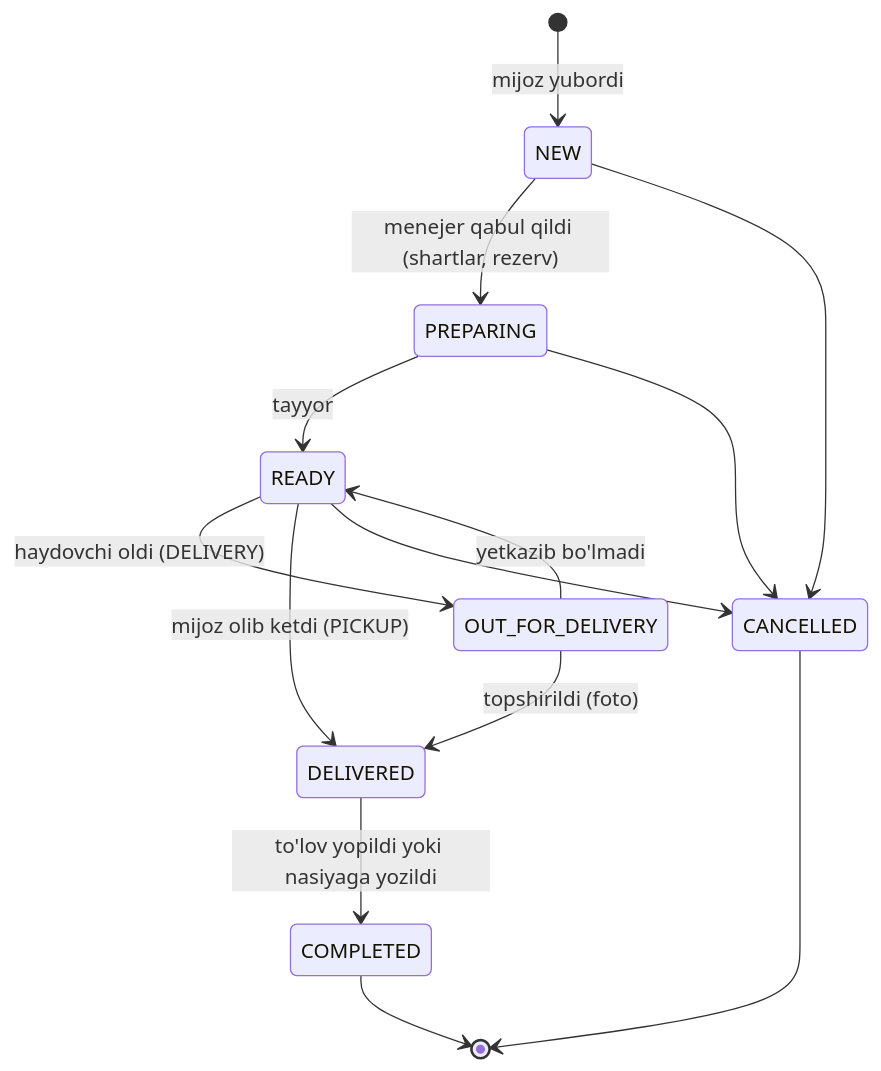
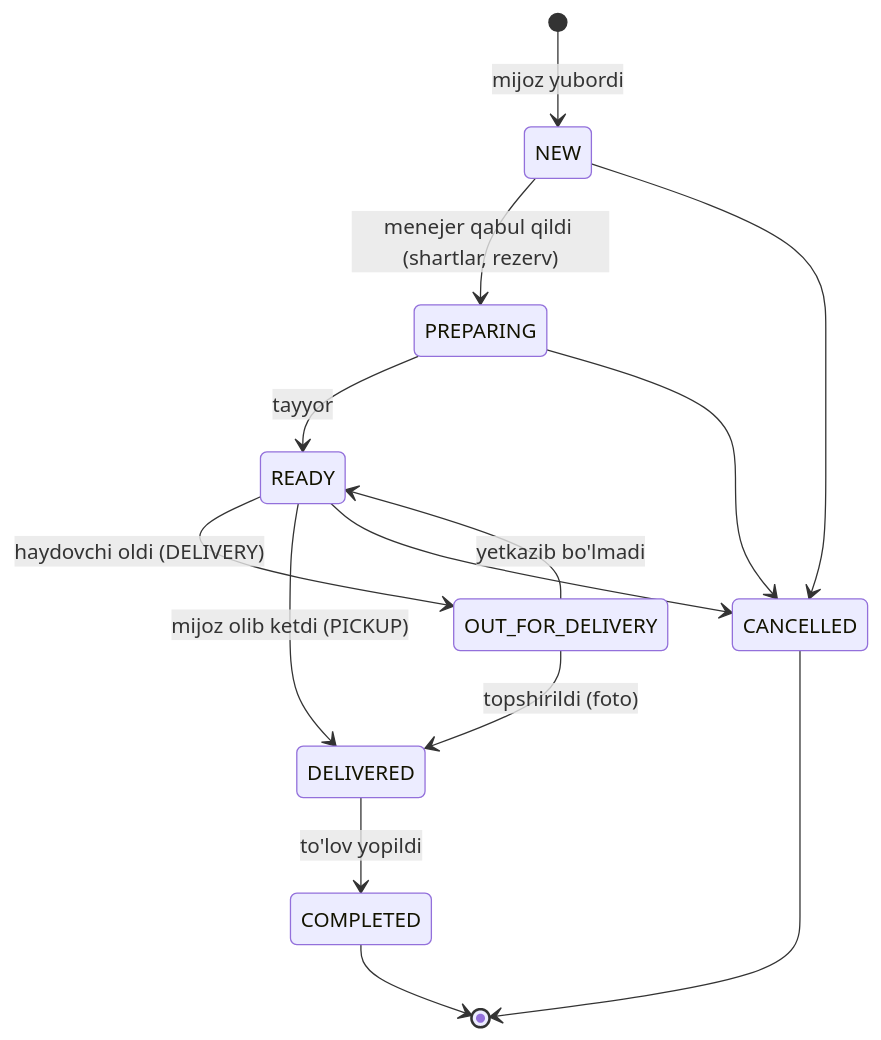
The first of 2 diagrams in docs/02-state-machine.md (furnitura-collab/futinure), drawn with Mermaid before and after one commit. The commit also changed other lines of this file and 78 other files, not shown here.

````diff
--- a/docs/02-state-machine.md
+++ b/docs/02-state-machine.md
@@ -5,17 +5,17 @@
 ```mermaid
 stateDiagram-v2
     [*] --> NEW : mijoz yubordi
     NEW --> PREPARING : menejer qabul qildi (shartlar, rezerv)
     PREPARING --> READY : tayyor
     READY --> OUT_FOR_DELIVERY : haydovchi oldi (DELIVERY)
     READY --> DELIVERED : mijoz olib ketdi (PICKUP)
     OUT_FOR_DELIVERY --> DELIVERED : topshirildi (foto)
     OUT_FOR_DELIVERY --> READY : yetkazib bo'lmadi
-    DELIVERED --> COMPLETED : to'lov yopildi yoki nasiyaga yozildi
+    DELIVERED --> COMPLETED : to'lov yopildi
 
     NEW --> CANCELLED
     PREPARING --> CANCELLED
     READY --> CANCELLED
     COMPLETED --> [*]
     CANCELLED --> [*]
 ```
````
